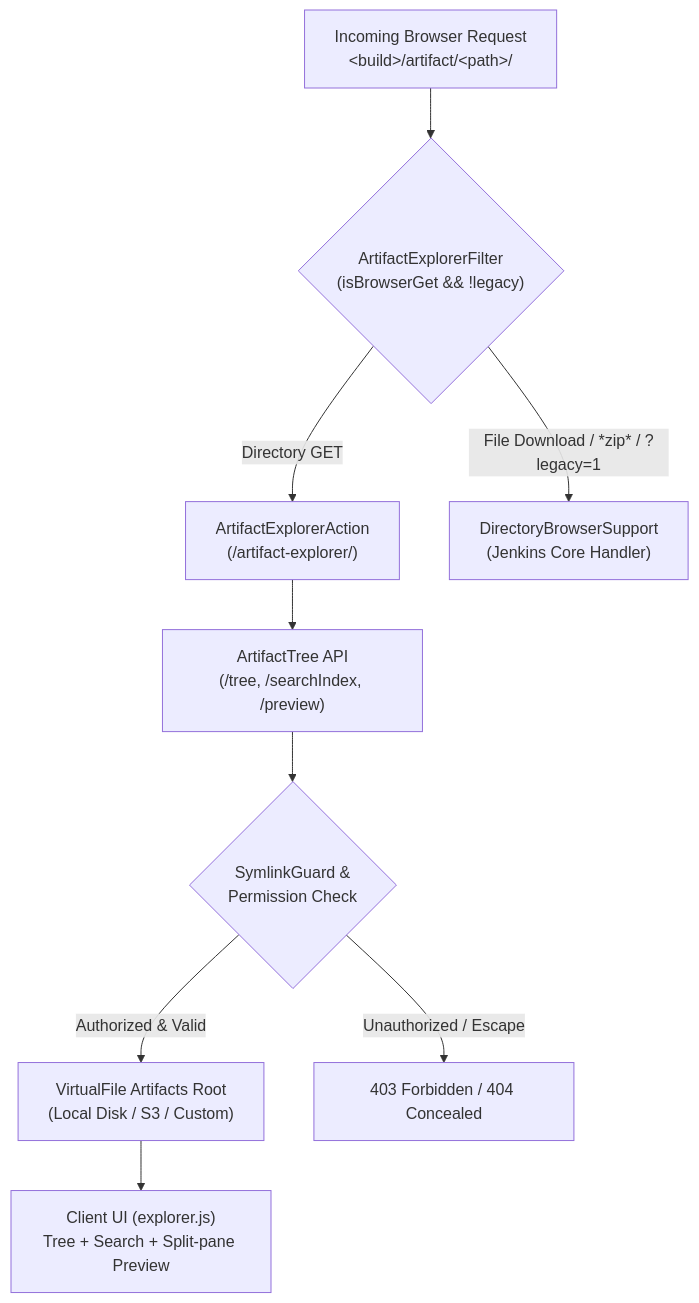
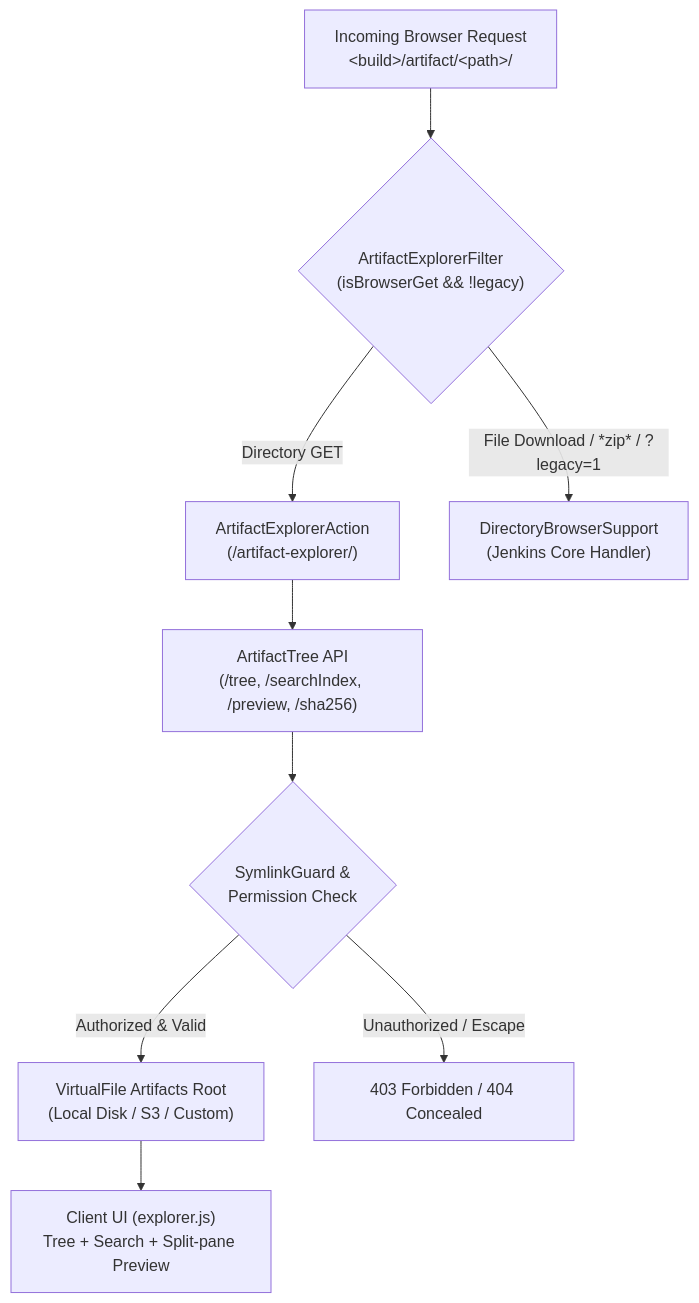
Before and after one commit to reder9/artifact-explorer-jenkins-plugin: the diagram in README.md, drawn with Mermaid. The commit also changed other lines of this file and 13 other files, not shown here.

````diff
--- a/README.md
+++ b/README.md
@@ -114,11 +114,11 @@
 ```mermaid
 flowchart TD
     Req["Incoming Browser Request\n&lt;build&gt;/artifact/&lt;path&gt;/"] --> Filter{"ArtifactExplorerFilter\n(isBrowserGet &amp;&amp; !legacy)"}
     Filter -- "Directory GET" --> Action["ArtifactExplorerAction\n(/artifact-explorer/)"]
     Filter -- "File Download / *zip* / ?legacy=1" --> Core["DirectoryBrowserSupport\n(Jenkins Core Handler)"]
-    Action --> TreeAPI["ArtifactTree API\n(/tree, /searchIndex, /preview)"]
+    Action --> TreeAPI["ArtifactTree API\n(/tree, /searchIndex, /preview, /sha256)"]
     TreeAPI --> Guard{"SymlinkGuard &amp;\nPermission Check"}
     Guard -- "Authorized &amp; Valid" --> VFile["VirtualFile Artifacts Root\n(Local Disk / S3 / Custom)"]
     Guard -- "Unauthorized / Escape" --> Deny["403 Forbidden / 404 Concealed"]
     VFile --> Client["Client UI (explorer.js)\nTree + Search + Split-pane Preview"]
 ```
````
